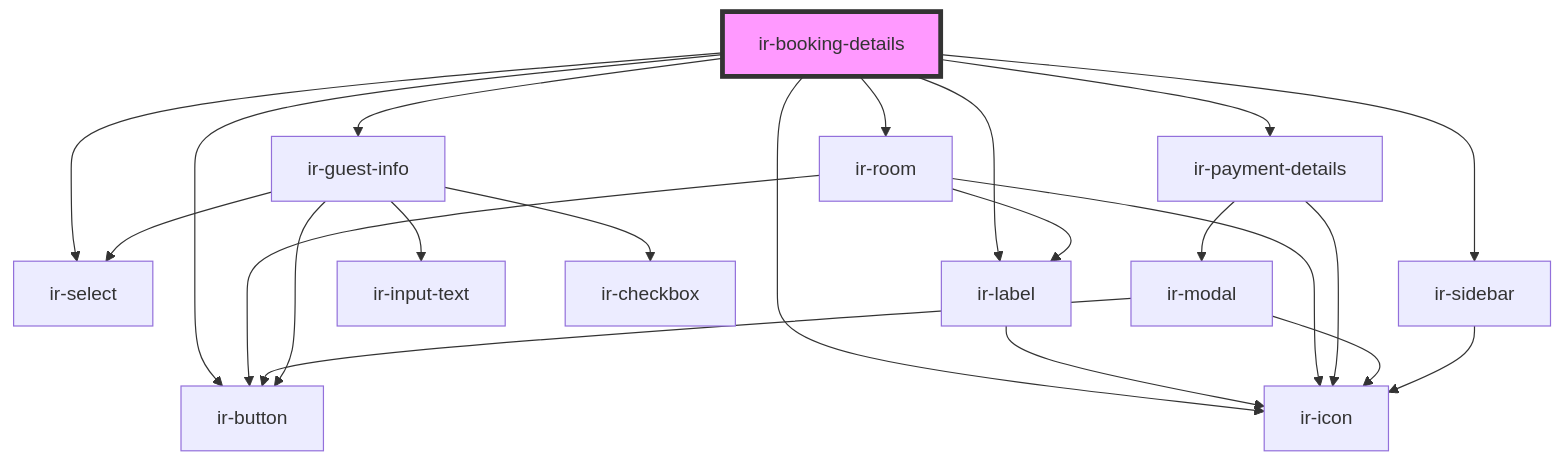
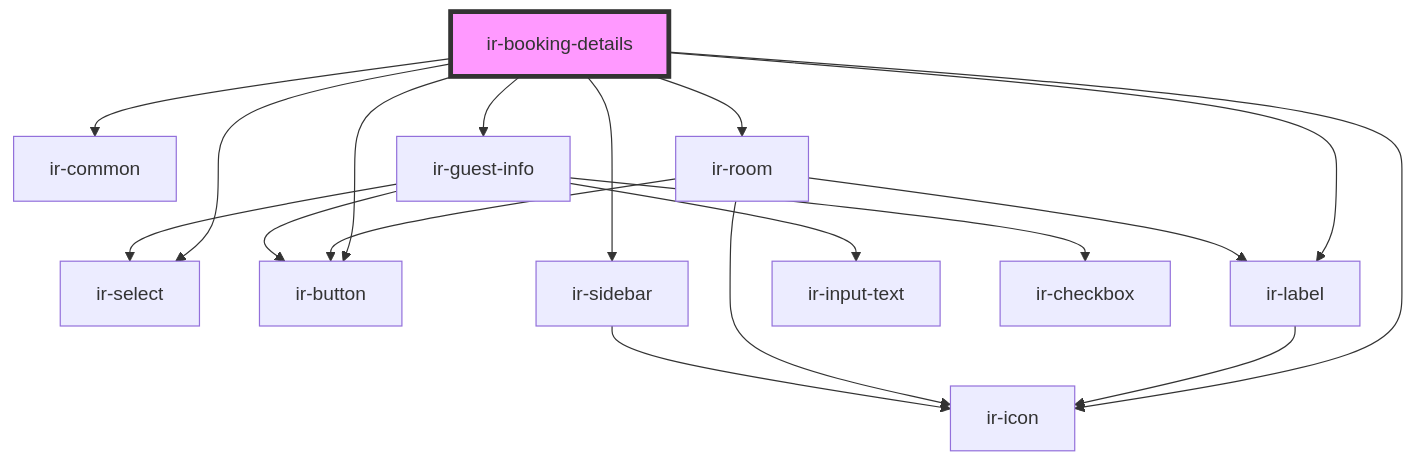
Before and after one commit to David1Chowaifaty/modified-ir-webcmp: the diagram in src/components/ir-booking-details/readme.md, drawn with Mermaid. The commit also changed other lines of this file and 16 other files, not shown here.

````diff
--- a/src/components/ir-booking-details/readme.md
+++ b/src/components/ir-booking-details/readme.md
@@ -60,25 +64,21 @@
 ```mermaid
 graph TD;
+  ir-booking-details --> ir-common
   ir-booking-details --> ir-select
   ir-booking-details --> ir-button
   ir-booking-details --> ir-icon
   ir-booking-details --> ir-label
   ir-booking-details --> ir-room
-  ir-booking-details --> ir-payment-details
   ir-booking-details --> ir-sidebar
   ir-booking-details --> ir-guest-info
   ir-label --> ir-icon
   ir-room --> ir-icon
   ir-room --> ir-button
   ir-room --> ir-label
-  ir-payment-details --> ir-icon
-  ir-payment-details --> ir-modal
-  ir-modal --> ir-icon
-  ir-modal --> ir-button
   ir-sidebar --> ir-icon
   ir-guest-info --> ir-select
   ir-guest-info --> ir-input-text
   ir-guest-info --> ir-checkbox
   ir-guest-info --> ir-button
   style ir-booking-details fill:#f9f,stroke:#333,stroke-width:4px
 ```
````
